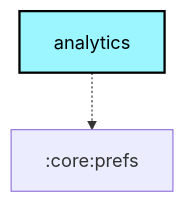
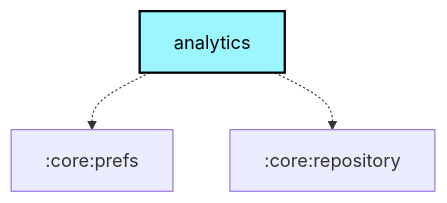
The diagram in core/analytics/README.md (meshtastic/Meshtastic-Android), drawn with Mermaid before and after one commit. The commit also changed 5 other files, not shown here.

First line of the commit message:
chore: Scheduled updates (Firmware, Hardware, Translations, Graphs)

````diff
--- a/core/analytics/README.md
+++ b/core/analytics/README.md
@@ -19,16 +19,17 @@
 ```mermaid
 graph TB
   :core:analytics[analytics]:::android-library
   :core:analytics -.-> :core:prefs
+  :core:analytics -.-> :core:repository
 
 classDef android-application fill:#CAFFBF,stroke:#000,stroke-width:2px,color:#000;
 classDef android-application-compose fill:#CAFFBF,stroke:#000,stroke-width:2px,color:#000;
 classDef android-feature fill:#FFD6A5,stroke:#000,stroke-width:2px,color:#000;
 classDef android-library fill:#9BF6FF,stroke:#000,stroke-width:2px,color:#000;
 classDef android-library-compose fill:#9BF6FF,stroke:#000,stroke-width:2px,color:#000;
 classDef android-test fill:#A0C4FF,stroke:#000,stroke-width:2px,color:#000;
 classDef jvm-library fill:#BDB2FF,stroke:#000,stroke-width:2px,color:#000;
 classDef kmp-library fill:#FFC1CC,stroke:#000,stroke-width:2px,color:#000;
 classDef unknown fill:#FFADAD,stroke:#000,stroke-width:2px,color:#000;
 
 ```
````
